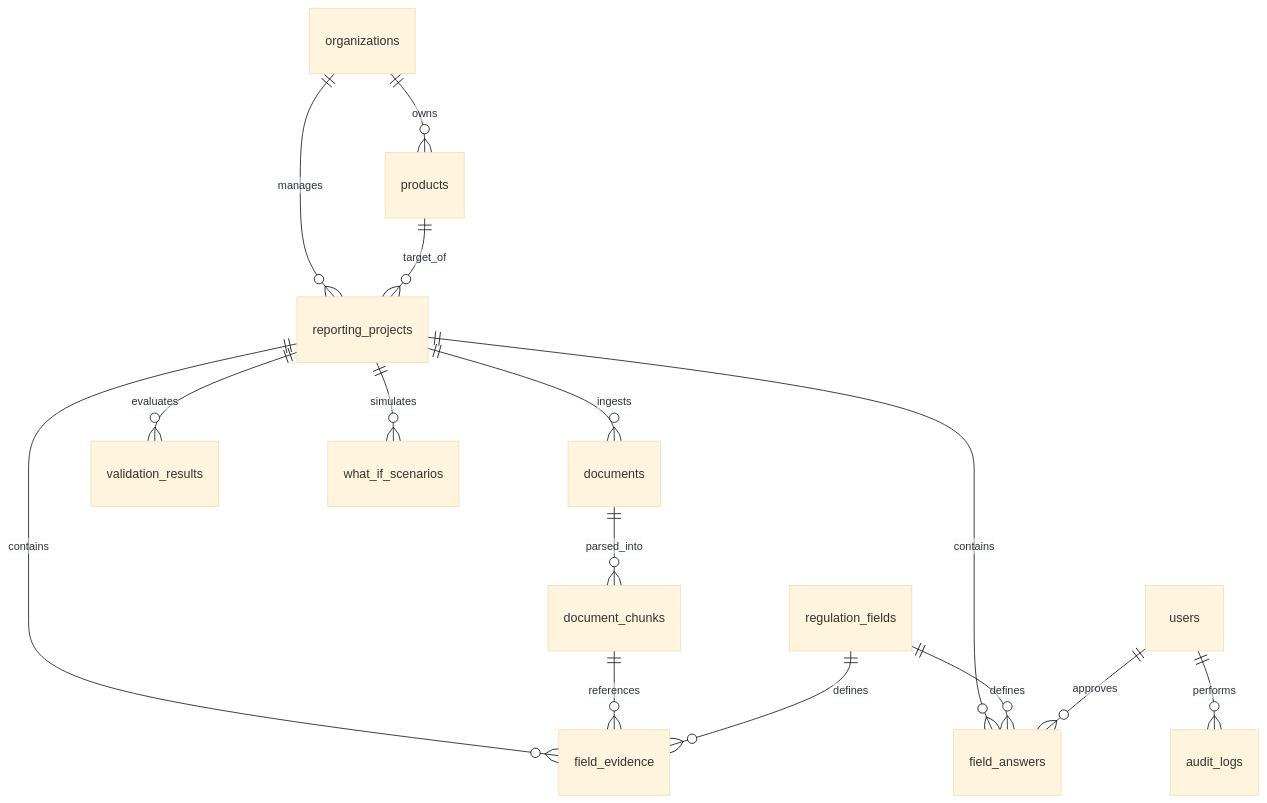
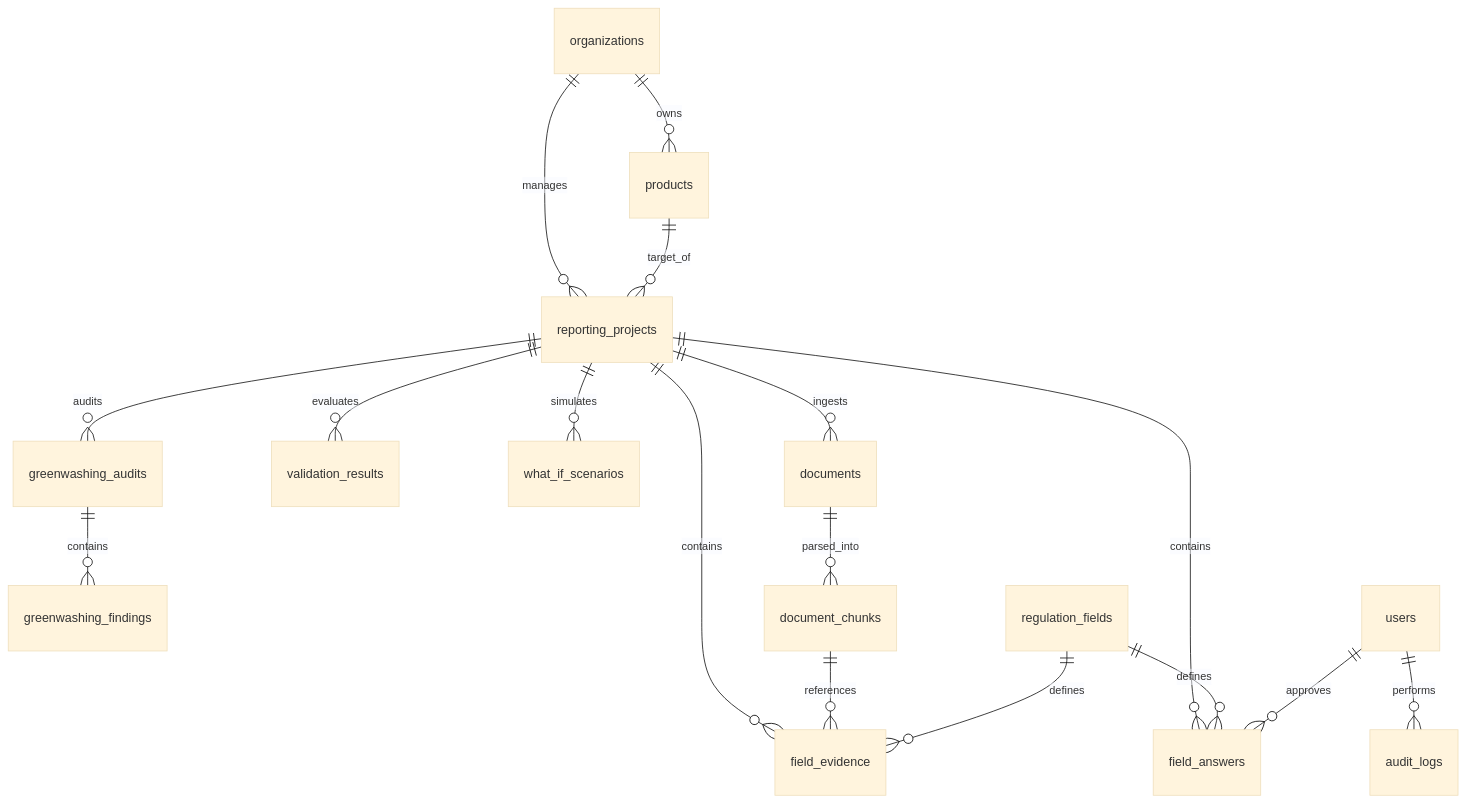
The diagram in README.md (mananjp/Clarix), drawn with Mermaid (base theme) before and after one commit. The commit also changed other lines of this file and 23 other files, not shown here.

````diff
--- a/README.md
+++ b/README.md
@@ -37,17 +39,19 @@
 ```mermaid
 erDiagram
     organizations ||--o{ products : owns
     organizations ||--o{ reporting_projects : manages
     products ||--o{ reporting_projects : target_of
     reporting_projects ||--o{ documents : ingests
     reporting_projects ||--o{ field_answers : contains
     reporting_projects ||--o{ field_evidence : contains
     reporting_projects ||--o{ validation_results : evaluates
     reporting_projects ||--o{ what_if_scenarios : simulates
+    reporting_projects ||--o{ greenwashing_audits : audits
+    greenwashing_audits ||--o{ greenwashing_findings : contains
     documents ||--o{ document_chunks : parsed_into
     document_chunks ||--o{ field_evidence : references
     regulation_fields ||--o{ field_answers : defines
     regulation_fields ||--o{ field_evidence : defines
     users ||--o{ field_answers : approves
     users ||--o{ audit_logs : performs
 ```
````
